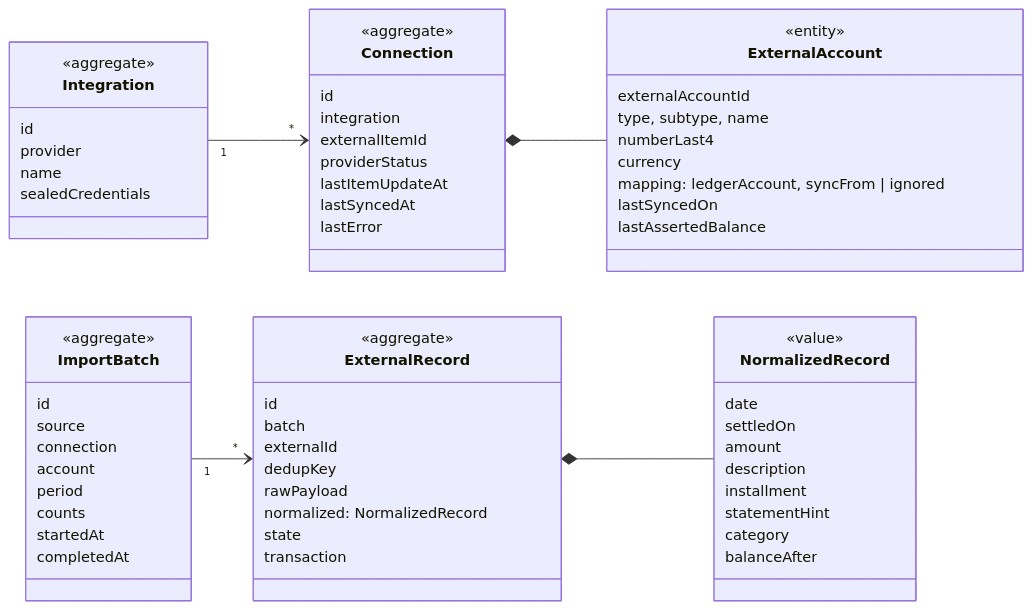
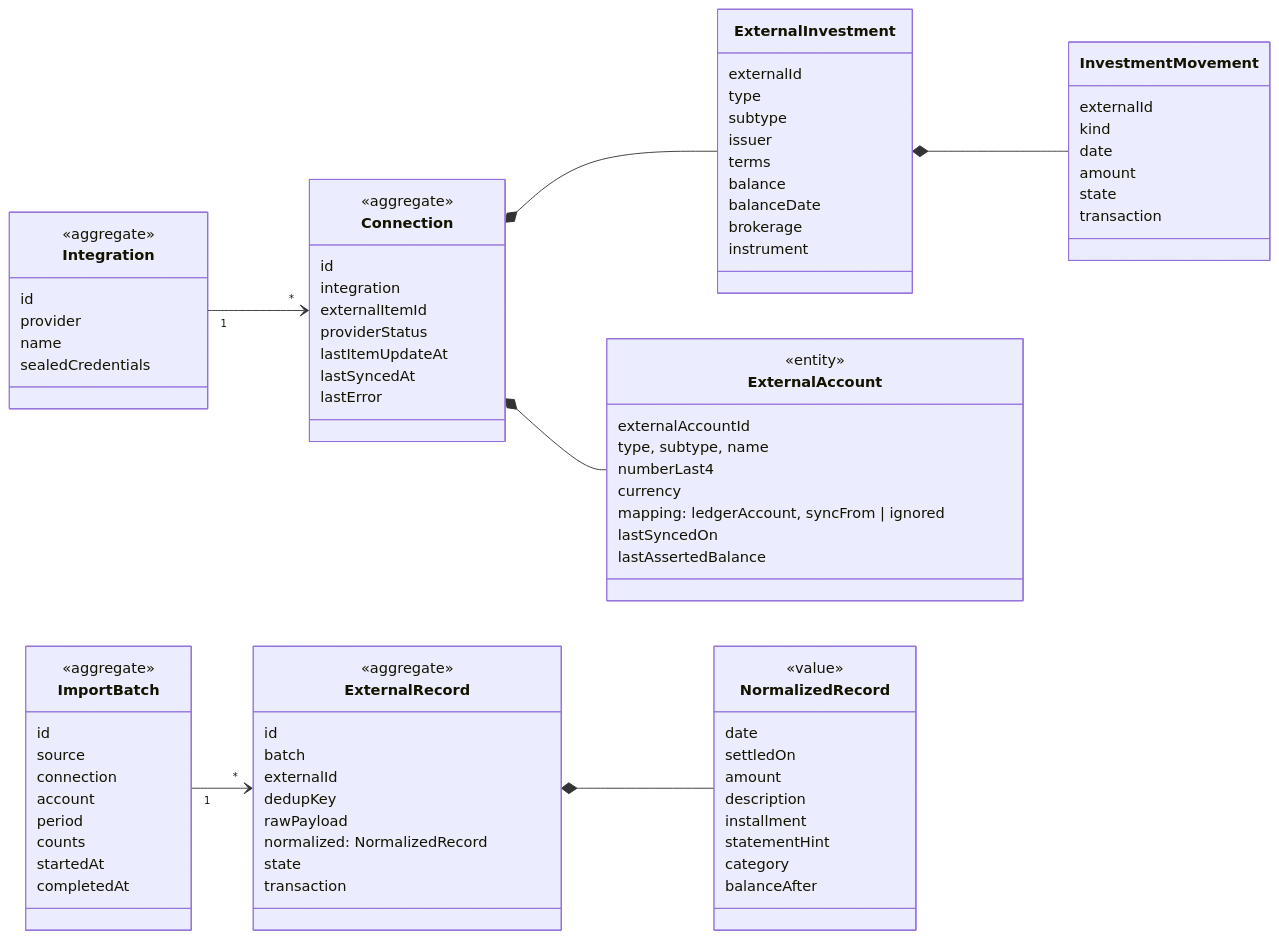
One commit to andrelopes-code/equori changed the fifth of 5 diagrams in docs/domain/05-domain-model.md. Above: the diagram before and after it, drawn with Mermaid. The commit also changed other lines of this file and 4 other files, not shown here.

````diff
--- a/docs/domain/05-domain-model.md
+++ b/docs/domain/05-domain-model.md
@@ -417,6 +417,25 @@
     provider
     name
     sealedCredentials
+  }
+  class ExternalInvestment {
+    externalId
+    type
+    subtype
+    issuer
+    terms
+    balance
+    balanceDate
+    brokerage
+    instrument
+  }
+  class InvestmentMovement {
+    externalId
+    kind
+    date
+    amount
+    state
+    transaction
   }
   class Connection {
     <<aggregate>>
@@ -473,6 +492,8 @@
   }
   Integration "1" --> "*" Connection
   Connection *-- ExternalAccount
+  Connection *-- ExternalInvestment
+  ExternalInvestment *-- InvestmentMovement
   ImportBatch "1" --> "*" ExternalRecord
   ExternalRecord *-- NormalizedRecord
 ```
````
